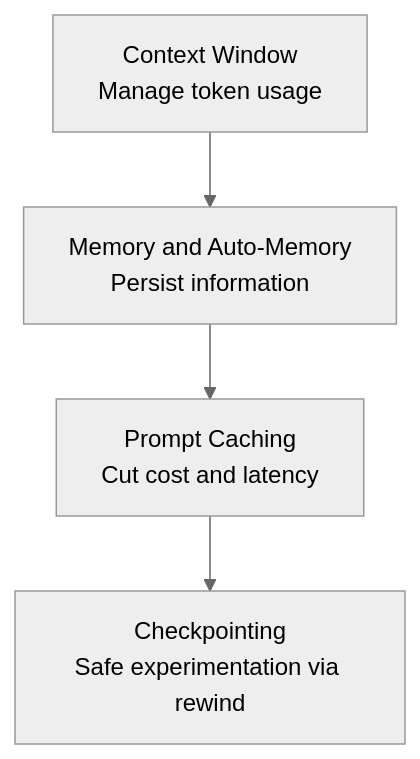
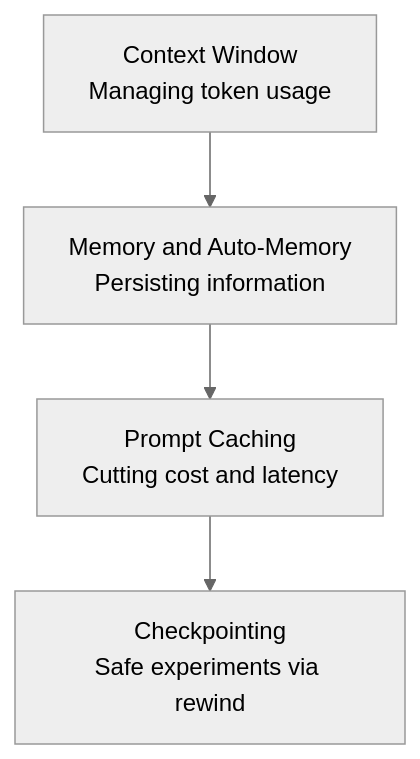
One commit to modu-ai/moai-adk changed the diagram in docs-site/content/en/claude-code/context-memory/_index.md. Above: the diagram before and after it, drawn with Mermaid (neutral theme). The commit also changed other lines of this file and 395 other files, not shown here.

````diff
--- a/docs-site/content/en/claude-code/context-memory/_index.md
+++ b/docs-site/content/en/claude-code/context-memory/_index.md
@@ -16,6 +18,6 @@
 ```mermaid
 flowchart TD
-    A[Context Window<br>Manage token usage] --> B[Memory and Auto-Memory<br>Persist information]
-    B --> C[Prompt Caching<br>Cut cost and latency]
-    C --> D[Checkpointing<br>Safe experimentation via rewind]
+    A[Context Window<br>Managing token usage] --> B[Memory and Auto-Memory<br>Persisting information]
+    B --> C[Prompt Caching<br>Cutting cost and latency]
+    C --> D[Checkpointing<br>Safe experiments via rewind]
 ```
````
